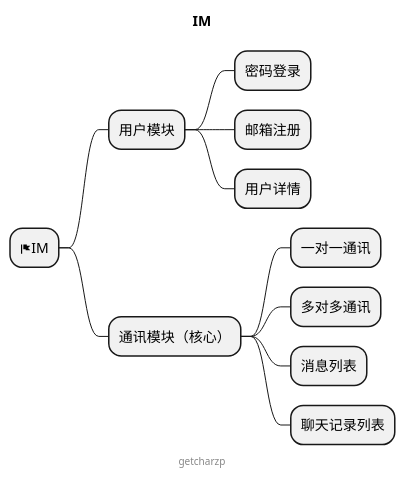
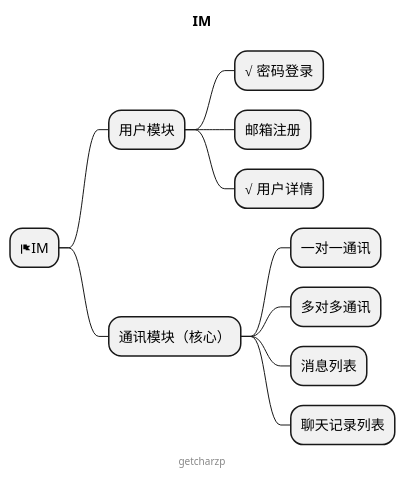
One commit to GetcharZp/im changed the diagram in MIND.puml. Above: the diagram before and after it, drawn with PlantUML. The commit also changed 5 other files, not shown here.

```diff
--- a/MIND.puml
+++ b/MIND.puml
@@ -1,18 +1,18 @@
 @startmindmap
 
 title IM
 
 * <&flag>IM
 ** 用户模块
-*** 密码登录
+*** √ 密码登录
 *** 邮箱注册
-*** 用户详情
+*** √ 用户详情
 ** 通讯模块（核心）
 *** 一对一通讯
 *** 多对多通讯
 *** 消息列表
 *** 聊天记录列表
 
 center footer getcharzp
 
 @endmindmap
```
